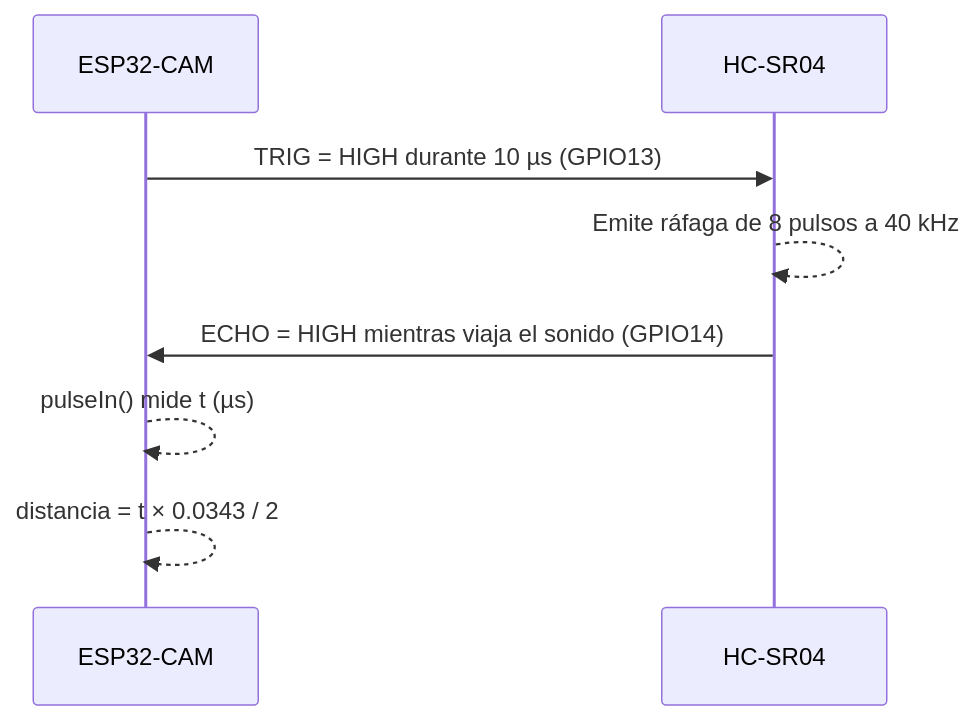
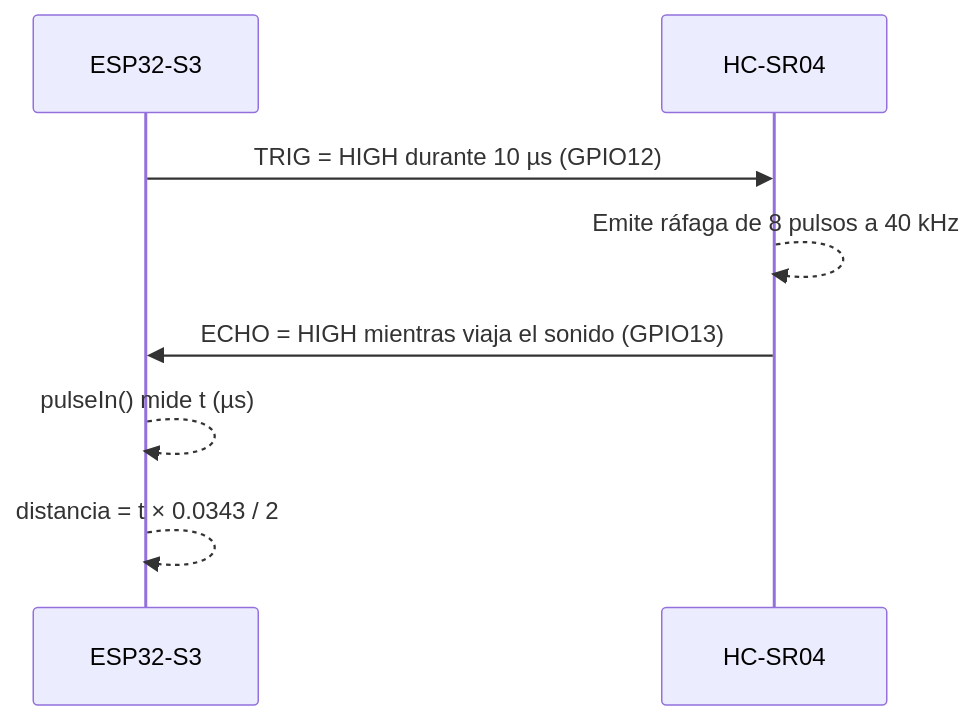
One commit to jose-i-rm/esp32-distance-monitoring-system changed the second of 2 diagrams in diagrams/03-conexion-hardware.md. Above: the diagram before and after it, drawn with Mermaid. The commit also changed other lines of this file and 14 other files, not shown here.

````diff
--- a/diagrams/03-conexion-hardware.md
+++ b/diagrams/03-conexion-hardware.md
@@ -52,10 +48,10 @@
 ```mermaid
 sequenceDiagram
-    participant ESP as ESP32-CAM
+    participant ESP as ESP32-S3
     participant HC as HC-SR04
-    ESP->>HC: TRIG = HIGH durante 10 µs (GPIO13)
+    ESP->>HC: TRIG = HIGH durante 10 µs (GPIO12)
     HC-->>HC: Emite ráfaga de 8 pulsos a 40 kHz
-    HC->>ESP: ECHO = HIGH mientras viaja el sonido (GPIO14)
+    HC->>ESP: ECHO = HIGH mientras viaja el sonido (GPIO13)
     ESP-->>ESP: pulseIn() mide t (µs)
     ESP-->>ESP: distancia = t × 0.0343 / 2
 ```
````
